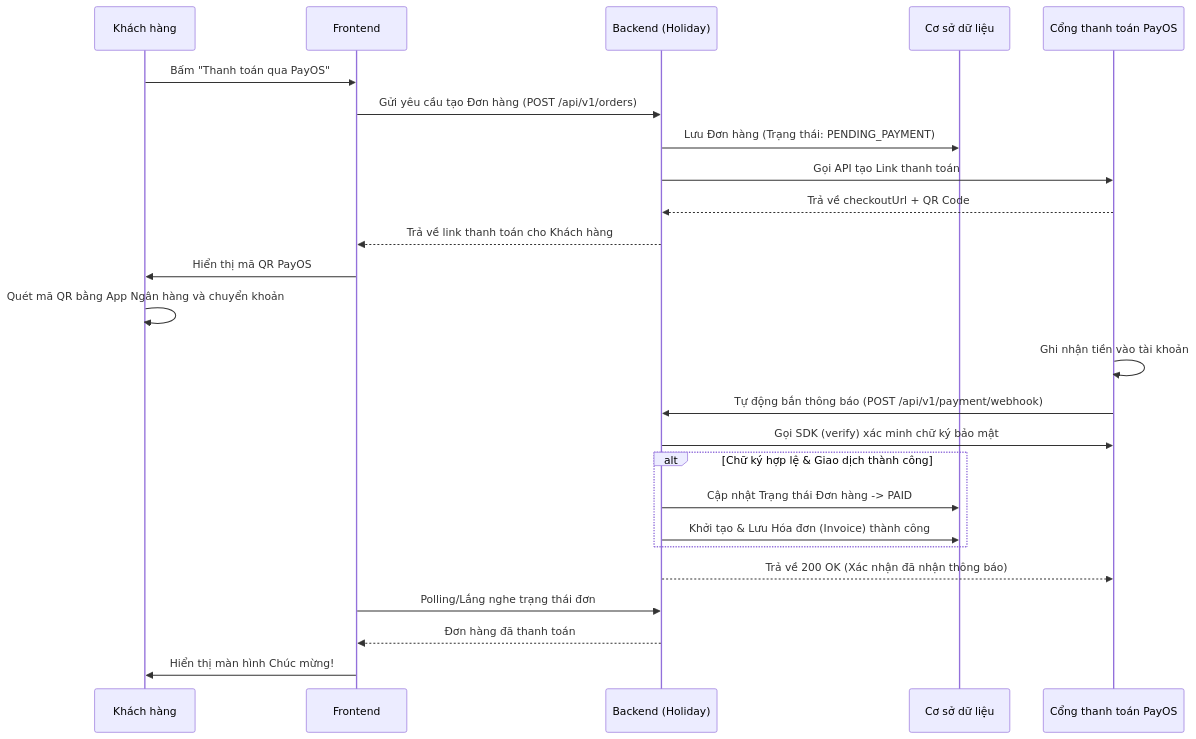
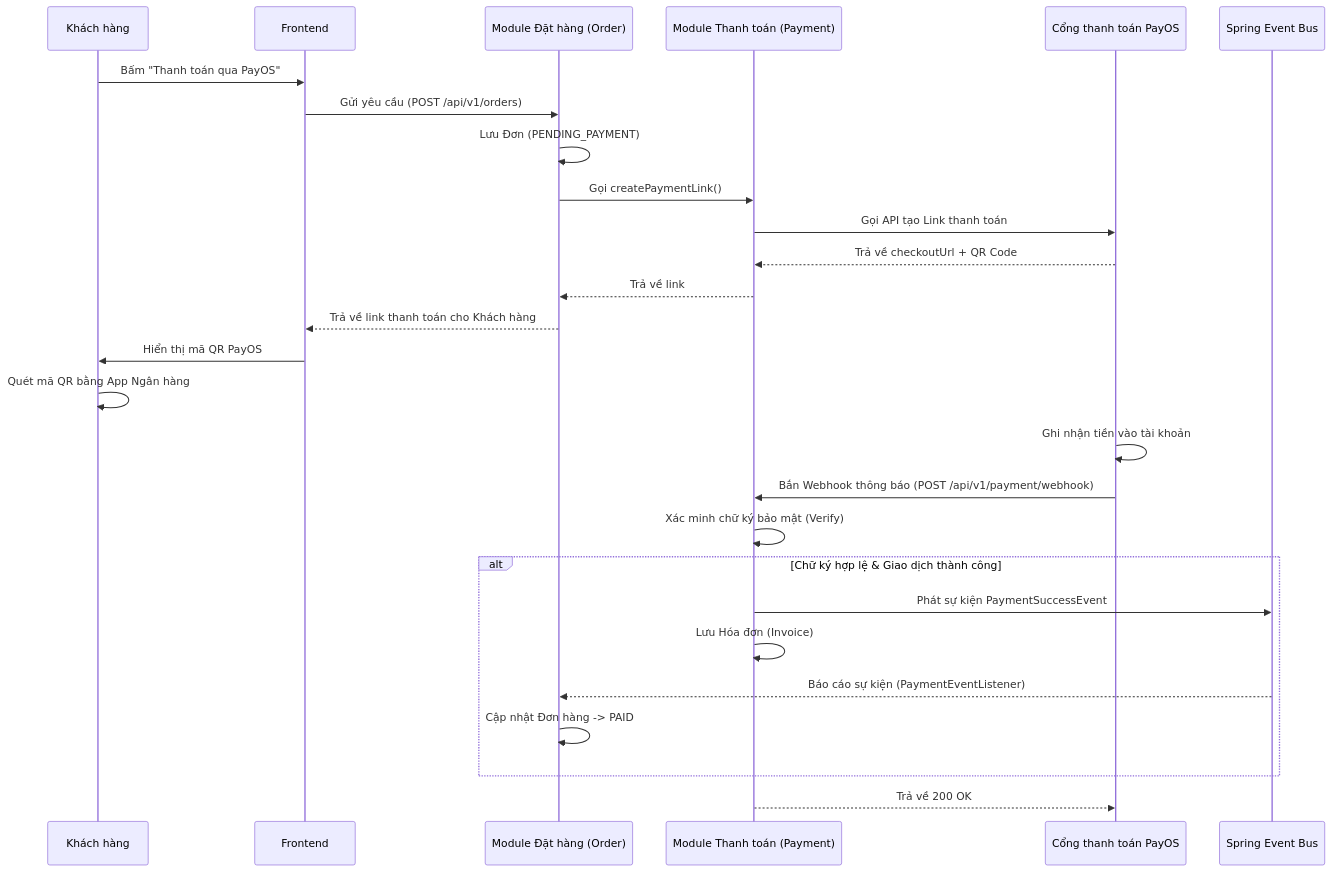
One commit to duongtran1702/Holiday changed the diagram in docs/2_nghiep_vu_thanh_toan_payos.md. Above: the diagram before and after it, drawn with Mermaid. The commit also changed other lines of this file and 410 other files, not shown here.

````diff
--- a/docs/2_nghiep_vu_thanh_toan_payos.md
+++ b/docs/2_nghiep_vu_thanh_toan_payos.md
@@ -9,28 +9,30 @@
 ```mermaid
 sequenceDiagram
     participant User as Khách hàng
     participant FE as Frontend
-    participant BE as Backend (Holiday)
-    participant DB as Cơ sở dữ liệu
+    participant OrderService as Module Đặt hàng (Order)
+    participant PaymentService as Module Thanh toán (Payment)
     participant PayOS as Cổng thanh toán PayOS
+    participant EventBus as Spring Event Bus
 
     User->>FE: Bấm "Thanh toán qua PayOS"
-    FE->>BE: Gửi yêu cầu tạo Đơn hàng (POST /api/v1/orders)
-    BE->>DB: Lưu Đơn hàng (Trạng thái: PENDING_PAYMENT)
-    BE->>PayOS: Gọi API tạo Link thanh toán
-    PayOS-->>BE: Trả về checkoutUrl + QR Code
-    BE-->>FE: Trả về link thanh toán cho Khách hàng
+    FE->>OrderService: Gửi yêu cầu (POST /api/v1/orders)
+    OrderService->>OrderService: Lưu Đơn (PENDING_PAYMENT)
+    OrderService->>PaymentService: Gọi createPaymentLink()
+    PaymentService->>PayOS: Gọi API tạo Link thanh toán
+    PayOS-->>PaymentService: Trả về checkoutUrl + QR Code
+    PaymentService-->>OrderService: Trả về link
+    OrderService-->>FE: Trả về link thanh toán cho Khách hàng
     FE->>User: Hiển thị mã QR PayOS
-    User->>User: Quét mã QR bằng App Ngân hàng và chuyển khoản
+    User->>User: Quét mã QR bằng App Ngân hàng
     PayOS->>PayOS: Ghi nhận tiền vào tài khoản
-    PayOS->>BE: Tự động bắn thông báo (POST /api/v1/payment/webhook)
-    BE->>PayOS: Gọi SDK (verify) xác minh chữ ký bảo mật
+    PayOS->>PaymentService: Bắn Webhook thông báo (POST /api/v1/payment/webhook)
+    PaymentService->>PaymentService: Xác minh chữ ký bảo mật (Verify)
     alt Chữ ký hợp lệ & Giao dịch thành công
-        BE->>DB: Cập nhật Trạng thái Đơn hàng -> PAID
-        BE->>DB: Khởi tạo & Lưu Hóa đơn (Invoice) thành công
+        PaymentService->>EventBus: Phát sự kiện PaymentSuccessEvent
+        PaymentService->>PaymentService: Lưu Hóa đơn (Invoice)
+        EventBus-->>OrderService: Báo cáo sự kiện (PaymentEventListener)
+        OrderService->>OrderService: Cập nhật Đơn hàng -> PAID
     end
-    BE-->>PayOS: Trả về 200 OK (Xác nhận đã nhận thông báo)
-    FE->>BE: Polling/Lắng nghe trạng thái đơn
-    BE-->>FE: Đơn hàng đã thanh toán
-    FE->>User: Hiển thị màn hình Chúc mừng!
+    PaymentService-->>PayOS: Trả về 200 OK
 ```
````
